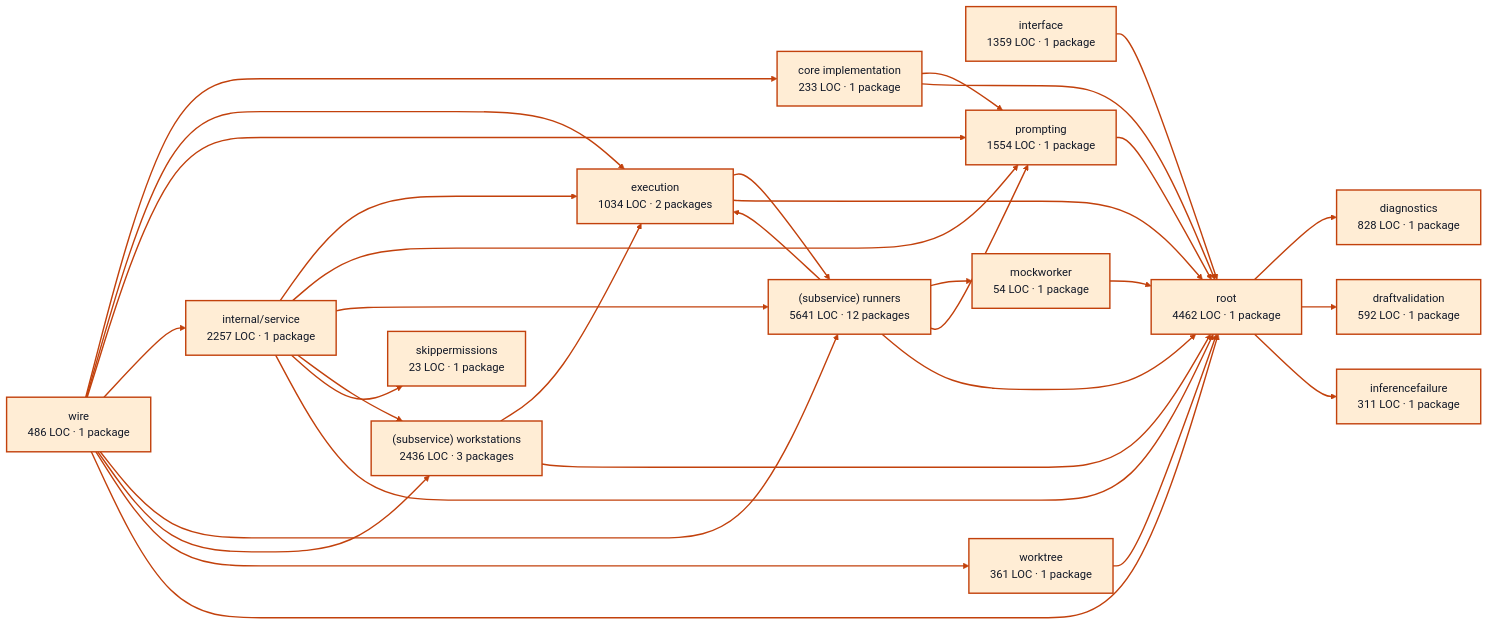
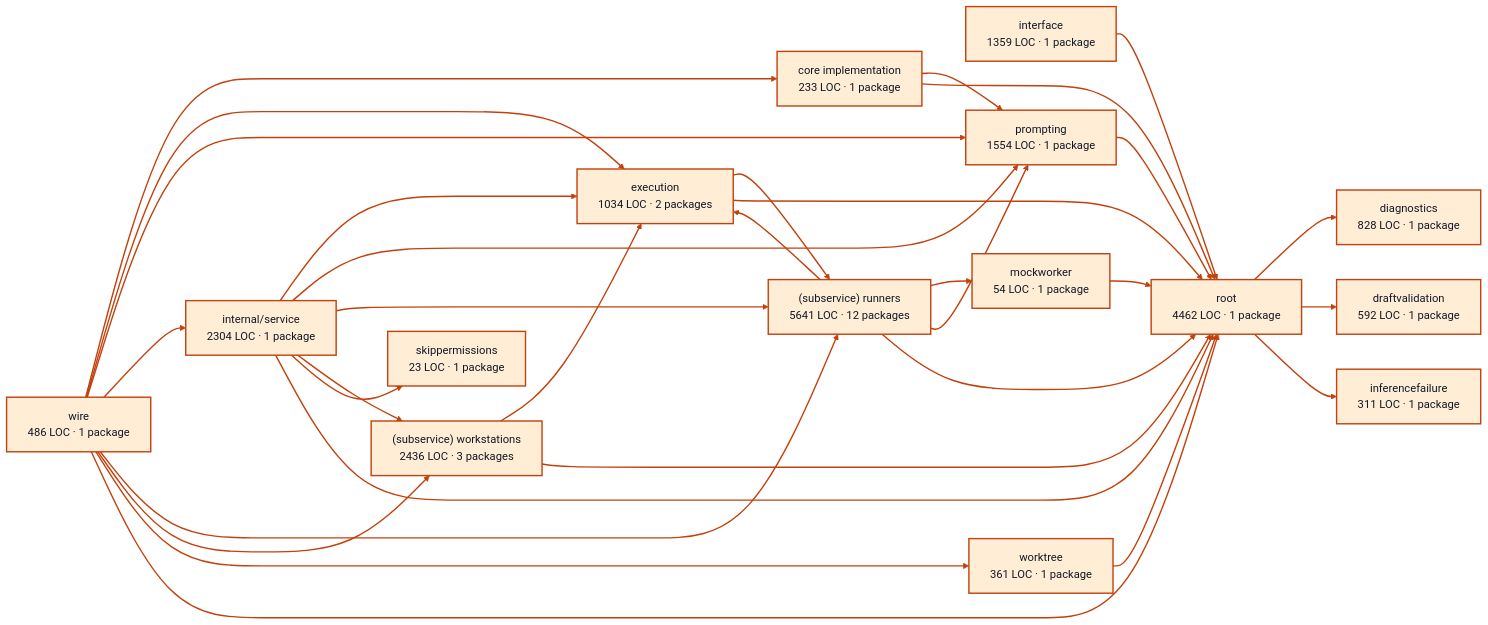
Before and after one commit to portpowered/you-agent-factory: the diagram in docs/architecture/visualizations/services/workers.md, drawn with Mermaid. The commit also changed other lines of this file and 20 other files, not shown here.

Commit message:
docs: refresh backend architecture visualizations

````diff
--- a/docs/architecture/visualizations/services/workers.md
+++ b/docs/architecture/visualizations/services/workers.md
@@ -11,65 +11,65 @@
 ```mermaid
 flowchart LR
   p0["core implementation<br/>233 LOC · 1 package"]
   p1["diagnostics<br/>828 LOC · 1 package"]
   p2["draftvalidation<br/>592 LOC · 1 package"]
   p3["execution<br/>1034 LOC · 2 packages"]
   p4["inferencefailure<br/>311 LOC · 1 package"]
   p5["interface<br/>1359 LOC · 1 package"]
   p6["mockworker<br/>54 LOC · 1 package"]
   p7["prompting<br/>1554 LOC · 1 package"]
-  p8["internal/service<br/>2257 LOC · 1 package"]
+  p8["internal/service<br/>2304 LOC · 1 package"]
   p9["(subservice) runners<br/>5641 LOC · 12 packages"]
   p10["(subservice) workstations<br/>2436 LOC · 3 packages"]
   p11["skippermissions<br/>23 LOC · 1 package"]
   p12["worktree<br/>361 LOC · 1 package"]
   p13["root<br/>4462 LOC · 1 package"]
   p14["wire<br/>486 LOC · 1 package"]
   p0 --> p7
   p0 --> p13
   p3 --> p9
   p3 --> p13
   p5 --> p13
   p6 --> p13
   p7 --> p13
   p8 --> p3
   p8 --> p7
   p8 --> p9
   p8 --> p10
   p8 --> p11
   p8 --> p13
   p9 --> p3
   p9 --> p6
   p9 --> p7
   p9 --> p13
   p10 --> p3
   p10 --> p13
   p12 --> p13
   p13 --> p1
   p13 --> p2
   p13 --> p4
   p14 --> p0
   p14 --> p3
   p14 --> p7
   p14 --> p8
   p14 --> p9
   p14 --> p10
   p14 --> p12
   p14 --> p13
   style p0 fill:#ffedd5,stroke:#c2410c,stroke-width:2px,color:#111827
   style p1 fill:#ffedd5,stroke:#c2410c,stroke-width:2px,color:#111827
   style p2 fill:#ffedd5,stroke:#c2410c,stroke-width:2px,color:#111827
   style p3 fill:#ffedd5,stroke:#c2410c,stroke-width:2px,color:#111827
   style p4 fill:#ffedd5,stroke:#c2410c,stroke-width:2px,color:#111827
   style p5 fill:#ffedd5,stroke:#c2410c,stroke-width:2px,color:#111827
   style p6 fill:#ffedd5,stroke:#c2410c,stroke-width:2px,color:#111827
   style p7 fill:#ffedd5,stroke:#c2410c,stroke-width:2px,color:#111827
   style p8 fill:#ffedd5,stroke:#c2410c,stroke-width:2px,color:#111827
   style p9 fill:#ffedd5,stroke:#c2410c,stroke-width:2px,color:#111827
   style p10 fill:#ffedd5,stroke:#c2410c,stroke-width:2px,color:#111827
   style p11 fill:#ffedd5,stroke:#c2410c,stroke-width:2px,color:#111827
   style p12 fill:#ffedd5,stroke:#c2410c,stroke-width:2px,color:#111827
   style p13 fill:#ffedd5,stroke:#c2410c,stroke-width:2px,color:#111827
   style p14 fill:#ffedd5,stroke:#c2410c,stroke-width:2px,color:#111827
   linkStyle default stroke:#c2410c,stroke-width:2px
 ```
````
